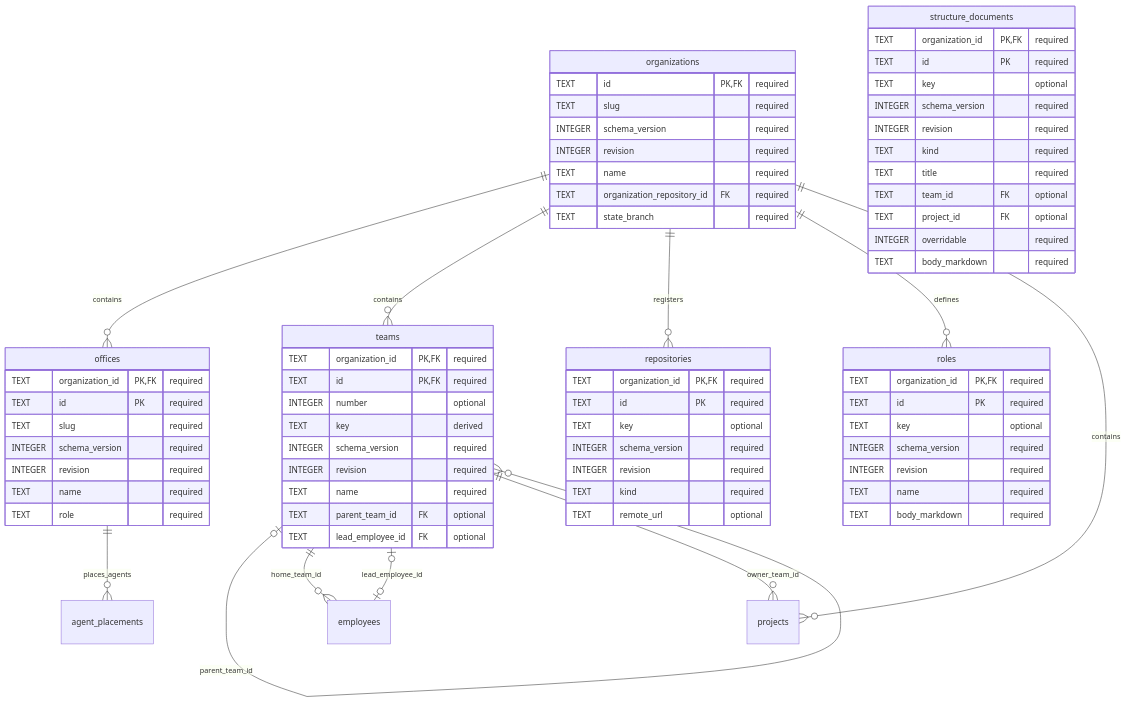
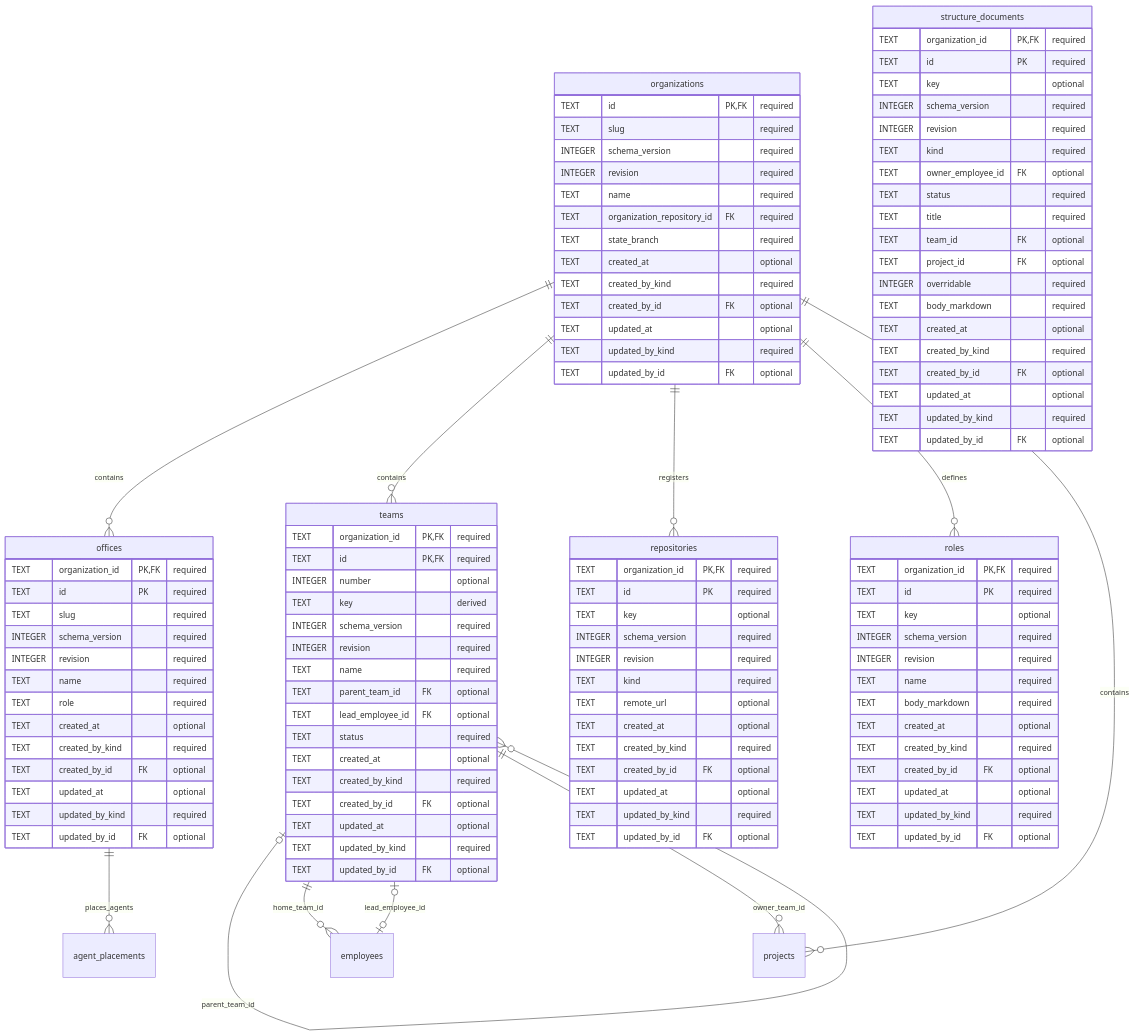
One commit to vgmello/agentic-org changed the diagram in docs/design/organization-data/01-organization-structure.md. Above: the diagram before and after it, drawn with Mermaid. The commit also changed other lines of this file and 9 other files, not shown here.

````diff
--- a/docs/design/organization-data/01-organization-structure.md
+++ b/docs/design/organization-data/01-organization-structure.md
@@ -26,6 +26,12 @@
         TEXT name "required"
         TEXT organization_repository_id FK "required"
         TEXT state_branch "required"
+        TEXT created_at "optional"
+        TEXT created_by_kind "required"
+        TEXT created_by_id FK "optional"
+        TEXT updated_at "optional"
+        TEXT updated_by_kind "required"
+        TEXT updated_by_id FK "optional"
     }
     repositories {
         TEXT organization_id PK, FK "required"
@@ -35,6 +41,12 @@
         INTEGER revision "required"
         TEXT kind "required"
         TEXT remote_url "optional"
+        TEXT created_at "optional"
+        TEXT created_by_kind "required"
+        TEXT created_by_id FK "optional"
+        TEXT updated_at "optional"
+        TEXT updated_by_kind "required"
+        TEXT updated_by_id FK "optional"
     }
     roles {
         TEXT organization_id PK, FK "required"
@@ -44,6 +56,12 @@
         INTEGER revision "required"
         TEXT name "required"
         TEXT body_markdown "required"
+        TEXT created_at "optional"
+        TEXT created_by_kind "required"
+        TEXT created_by_id FK "optional"
+        TEXT updated_at "optional"
+        TEXT updated_by_kind "required"
+        TEXT updated_by_id FK "optional"
     }
     teams {
         TEXT organization_id PK, FK "required"
@@ -55,6 +73,13 @@
         TEXT name "required"
         TEXT parent_team_id FK "optional"
         TEXT lead_employee_id FK "optional"
+        TEXT status "required"
+        TEXT created_at "optional"
+        TEXT created_by_kind "required"
+        TEXT created_by_id FK "optional"
+        TEXT updated_at "optional"
+        TEXT updated_by_kind "required"
+        TEXT updated_by_id FK "optional"
     }
     offices {
         TEXT organization_id PK, FK "required"
@@ -64,6 +89,12 @@
         INTEGER revision "required"
         TEXT name "required"
         TEXT role "required"
+        TEXT created_at "optional"
+        TEXT created_by_kind "required"
+        TEXT created_by_id FK "optional"
+        TEXT updated_at "optional"
+        TEXT updated_by_kind "required"
+        TEXT updated_by_id FK "optional"
     }
     structure_documents {
         TEXT organization_id PK, FK "required"
@@ -72,10 +103,18 @@
         INTEGER schema_version "required"
         INTEGER revision "required"
         TEXT kind "required"
+        TEXT owner_employee_id FK "optional"
+        TEXT status "required"
         TEXT title "required"
         TEXT team_id FK "optional"
         TEXT project_id FK "optional"
         INTEGER overridable "required"
         TEXT body_markdown "required"
+        TEXT created_at "optional"
+        TEXT created_by_kind "required"
+        TEXT created_by_id FK "optional"
+        TEXT updated_at "optional"
+        TEXT updated_by_kind "required"
+        TEXT updated_by_id FK "optional"
     }
 ```
````
